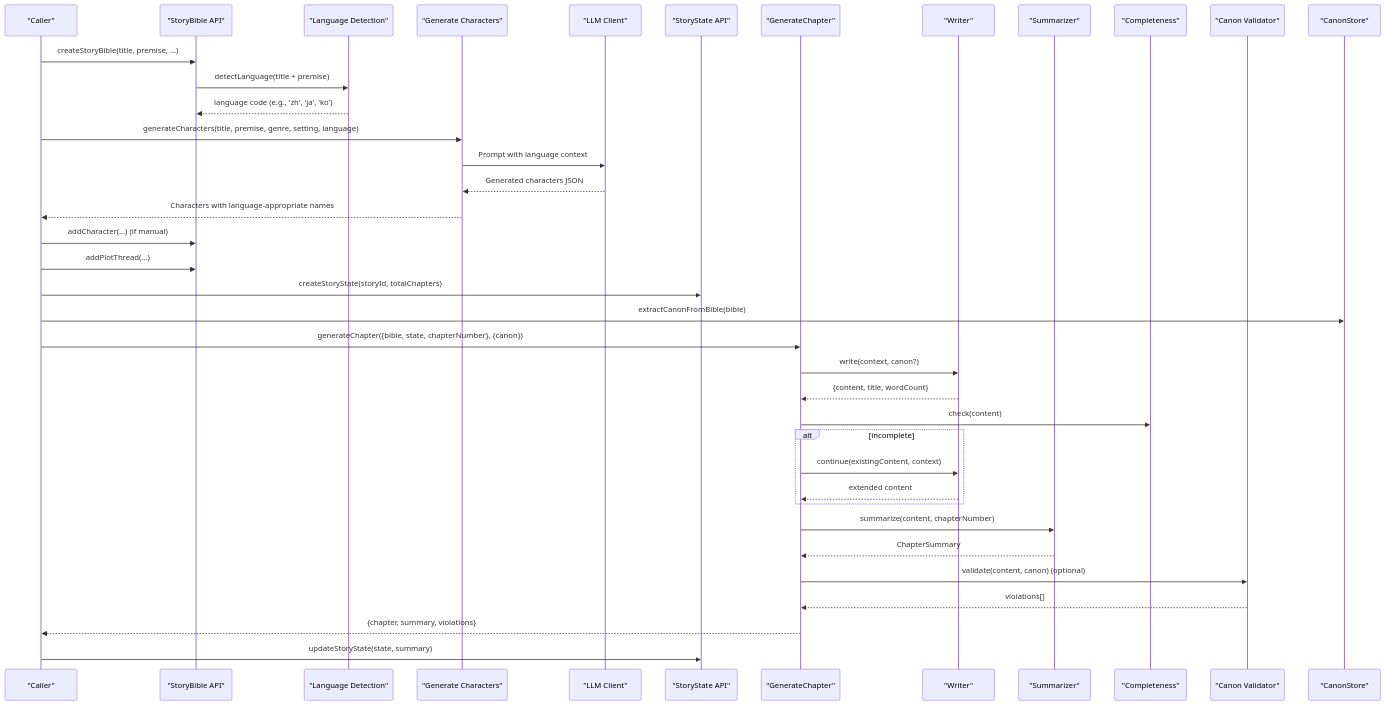
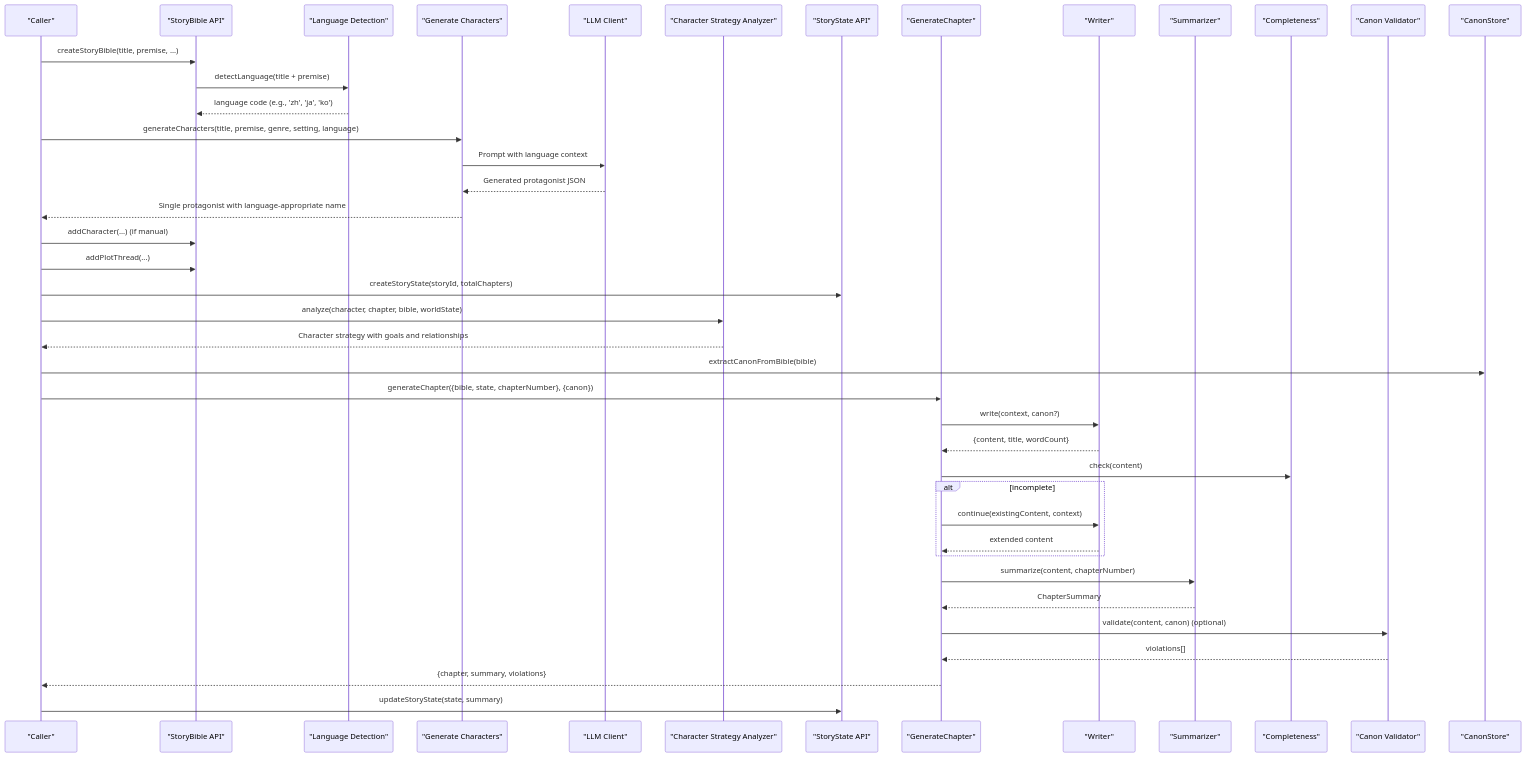
One commit to liwonder/NARRITIVE_OS changed the second of 16 diagrams in .qoder/repowiki/en/content/Story Management System/Story Bible Management.md. Above: the diagram before and after it, drawn with Mermaid. The commit also changed other lines of this file and 15 other files, not shown here.

First line of the commit message:
Add CharacterStrategyAnalyzer and pipeline updates

````diff
--- a/.qoder/repowiki/en/content/Story Management System/Story Bible Management.md
+++ b/.qoder/repowiki/en/content/Story Management System/Story Bible Management.md
@@ -118,40 +126,43 @@
 ```mermaid
 sequenceDiagram
 participant User as "Caller"
 participant SB as "StoryBible API"
 participant LD as "Language Detection"
 participant GC as "Generate Characters"
 participant LLM as "LLM Client"
+participant CS as "Character Strategy Analyzer"
 participant SS as "StoryState API"
 participant GS as "GenerateChapter"
 participant WR as "Writer"
 participant SM as "Summarizer"
 participant CC as "Completeness"
 participant CV as "Canon Validator"
-participant CS as "CanonStore"
+participant CANON as "CanonStore"
 User->>SB : createStoryBible(title, premise, ...)
 SB->>LD : detectLanguage(title + premise)
 LD-->>SB : language code (e.g., 'zh', 'ja', 'ko')
 User->>GC : generateCharacters(title, premise, genre, setting, language)
 GC->>LLM : Prompt with language context
-LLM-->>GC : Generated characters JSON
-GC-->>User : Characters with language-appropriate names
+LLM-->>GC : Generated protagonist JSON
+GC-->>User : Single protagonist with language-appropriate name
 User->>SB : addCharacter(...) (if manual)
 User->>SB : addPlotThread(...)
 User->>SS : createStoryState(storyId, totalChapters)
-User->>CS : extractCanonFromBible(bible)
+User->>CS : analyze(character, chapter, bible, worldState)
+CS-->>User : Character strategy with goals and relationships
+User->>CANON : extractCanonFromBible(bible)
 User->>GS : generateChapter({bible, state, chapterNumber}, {canon})
 GS->>WR : write(context, canon?)
 WR-->>GS : {content, title, wordCount}
 GS->>CC : check(content)
 alt incomplete
 GS->>WR : continue(existingContent, context)
 WR-->>GS : extended content
 end
 GS->>SM : summarize(content, chapterNumber)
 SM-->>GS : ChapterSummary
 GS->>CV : validate(content, canon) (optional)
 CV-->>GS : violations[]
 GS-->>User : {chapter, summary, violations}
 User->>SS : updateStoryState(state, summary)
 ```
````
